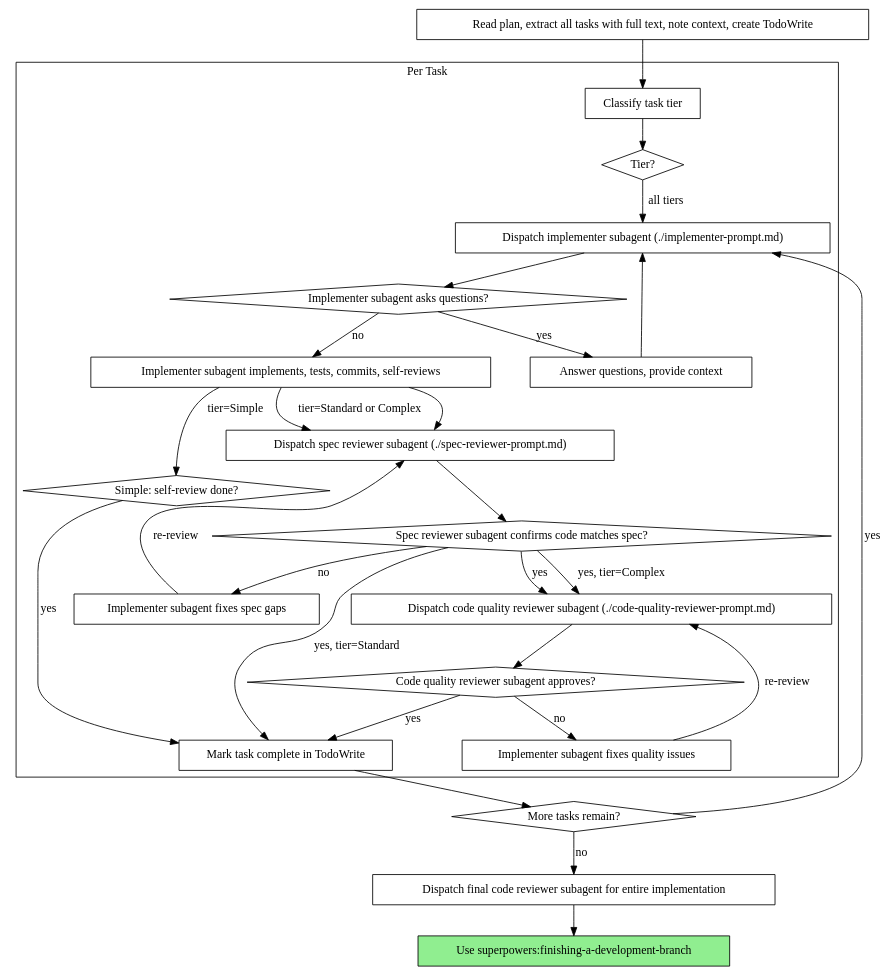
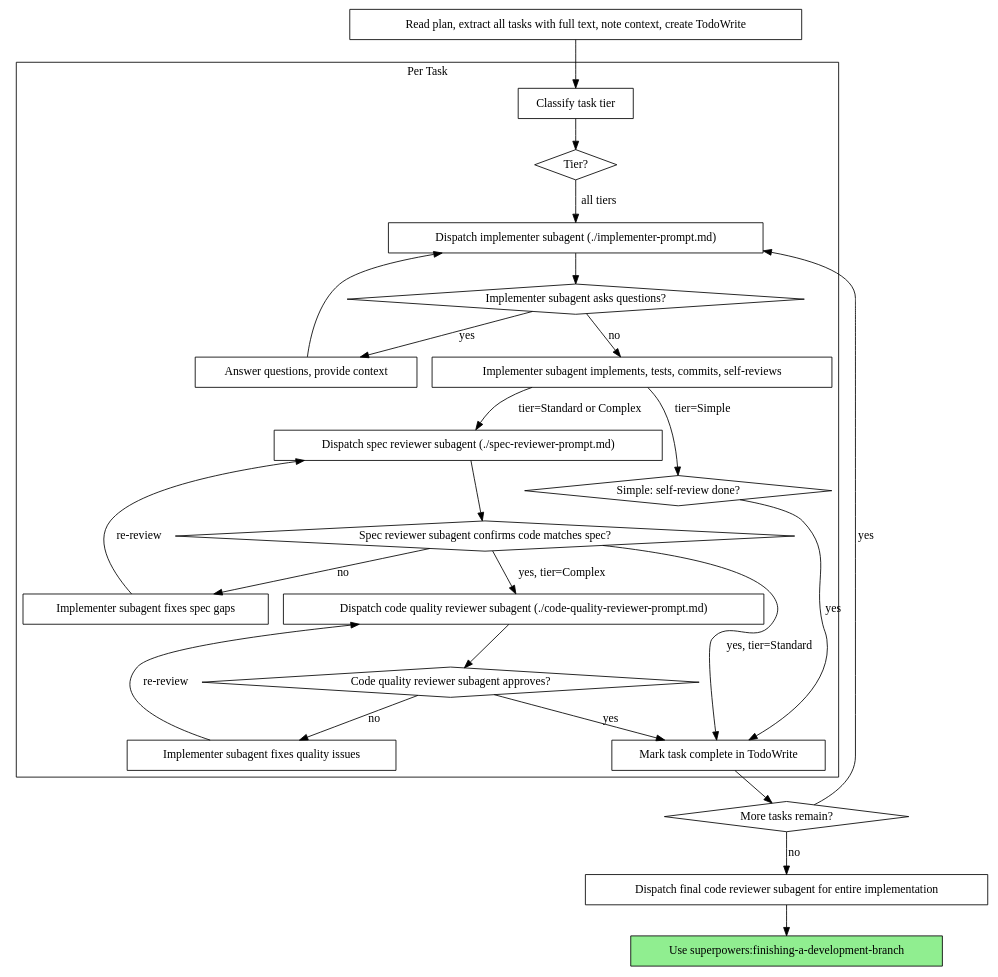
The second of 2 diagrams in skills/subagent-driven-development/SKILL.md (obra/superpowers), drawn with Graphviz before and after one commit.

Commit message:
fix: remove stale unconditional diagram edges from SDD tiered review update

````diff
--- a/skills/subagent-driven-development/SKILL.md
+++ b/skills/subagent-driven-development/SKILL.md
@@ -57,55 +57,53 @@
 ```dot
 digraph process {
     rankdir=TB;
 
     subgraph cluster_per_task {
         label="Per Task";
         "Classify task tier" [shape=box];
         "Tier?" [shape=diamond];
         "Dispatch implementer subagent (./implementer-prompt.md)" [shape=box];
         "Implementer subagent asks questions?" [shape=diamond];
         "Answer questions, provide context" [shape=box];
         "Implementer subagent implements, tests, commits, self-reviews" [shape=box];
         "Simple: self-review done?" [shape=diamond];
         "Dispatch spec reviewer subagent (./spec-reviewer-prompt.md)" [shape=box];
         "Spec reviewer subagent confirms code matches spec?" [shape=diamond];
         "Implementer subagent fixes spec gaps" [shape=box];
         "Dispatch code quality reviewer subagent (./code-quality-reviewer-prompt.md)" [shape=box];
         "Code quality reviewer subagent approves?" [shape=diamond];
         "Implementer subagent fixes quality issues" [shape=box];
         "Mark task complete in TodoWrite" [shape=box];
     }
 
     "Classify task tier" -> "Tier?";
     "Tier?" -> "Dispatch implementer subagent (./implementer-prompt.md)" [label="all tiers"];
     "Implementer subagent implements, tests, commits, self-reviews" -> "Simple: self-review done?" [label="tier=Simple"];
     "Simple: self-review done?" -> "Mark task complete in TodoWrite" [label="yes"];
     "Implementer subagent implements, tests, commits, self-reviews" -> "Dispatch spec reviewer subagent (./spec-reviewer-prompt.md)" [label="tier=Standard or Complex"];
     "Spec reviewer subagent confirms code matches spec?" -> "Mark task complete in TodoWrite" [label="yes, tier=Standard"];
     "Spec reviewer subagent confirms code matches spec?" -> "Dispatch code quality reviewer subagent (./code-quality-reviewer-prompt.md)" [label="yes, tier=Complex"];
 
     "Read plan, extract all tasks with full text, note context, create TodoWrite" [shape=box];
     "More tasks remain?" [shape=diamond];
     "Dispatch final code reviewer subagent for entire implementation" [shape=box];
     "Use superpowers:finishing-a-development-branch" [shape=box style=filled fillcolor=lightgreen];
 
     "Read plan, extract all tasks with full text, note context, create TodoWrite" -> "Classify task tier";
     "Dispatch implementer subagent (./implementer-prompt.md)" -> "Implementer subagent asks questions?";
     "Implementer subagent asks questions?" -> "Answer questions, provide context" [label="yes"];
     "Answer questions, provide context" -> "Dispatch implementer subagent (./implementer-prompt.md)";
     "Implementer subagent asks questions?" -> "Implementer subagent implements, tests, commits, self-reviews" [label="no"];
-    "Implementer subagent implements, tests, commits, self-reviews" -> "Dispatch spec reviewer subagent (./spec-reviewer-prompt.md)";
     "Dispatch spec reviewer subagent (./spec-reviewer-prompt.md)" -> "Spec reviewer subagent confirms code matches spec?";
     "Spec reviewer subagent confirms code matches spec?" -> "Implementer subagent fixes spec gaps" [label="no"];
     "Implementer subagent fixes spec gaps" -> "Dispatch spec reviewer subagent (./spec-reviewer-prompt.md)" [label="re-review"];
-    "Spec reviewer subagent confirms code matches spec?" -> "Dispatch code quality reviewer subagent (./code-quality-reviewer-prompt.md)" [label="yes"];
     "Dispatch code quality reviewer subagent (./code-quality-reviewer-prompt.md)" -> "Code quality reviewer subagent approves?";
     "Code quality reviewer subagent approves?" -> "Implementer subagent fixes quality issues" [label="no"];
     "Implementer subagent fixes quality issues" -> "Dispatch code quality reviewer subagent (./code-quality-reviewer-prompt.md)" [label="re-review"];
     "Code quality reviewer subagent approves?" -> "Mark task complete in TodoWrite" [label="yes"];
     "Mark task complete in TodoWrite" -> "More tasks remain?";
     "More tasks remain?" -> "Dispatch implementer subagent (./implementer-prompt.md)" [label="yes"];
     "More tasks remain?" -> "Dispatch final code reviewer subagent for entire implementation" [label="no"];
     "Dispatch final code reviewer subagent for entire implementation" -> "Use superpowers:finishing-a-development-branch";
 }
 ```
````
